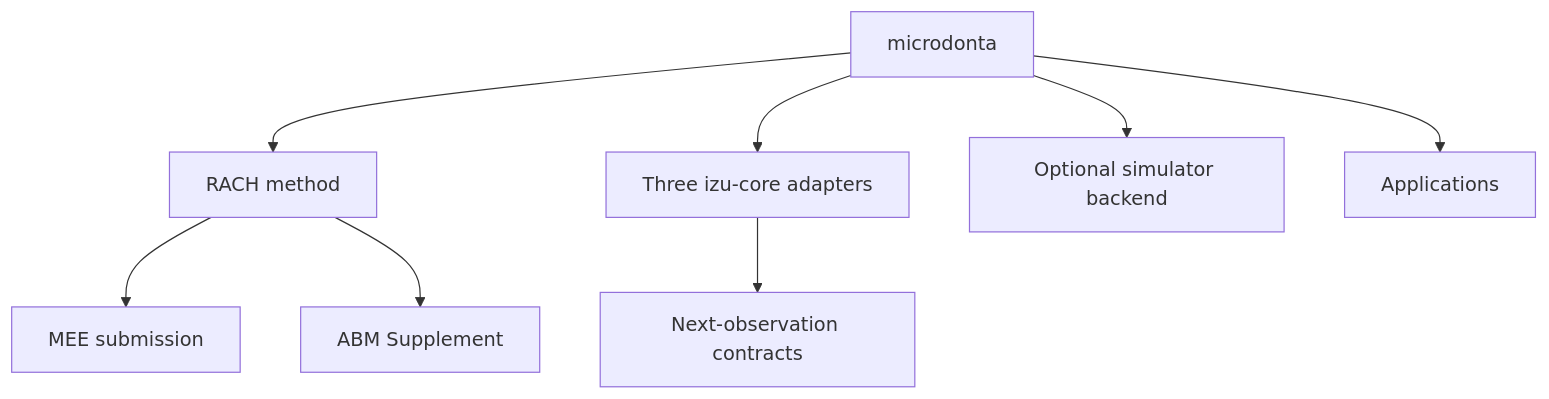
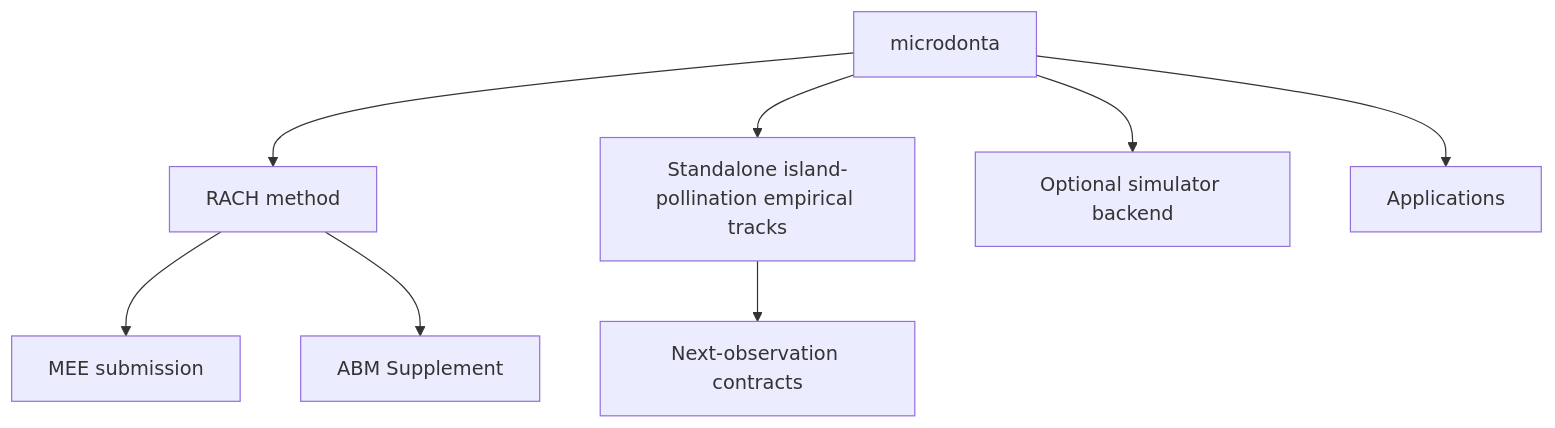
One commit to zuizui0223/microdonta changed the diagram in docs/repository_map.md. Above: the diagram before and after it, drawn with Mermaid. The commit also changed other lines of this file, not shown here.

Commit message:
Separate empirical tracks in repository map

````diff
--- a/docs/repository_map.md
+++ b/docs/repository_map.md
@@ -12,10 +9,10 @@
 ```mermaid
 flowchart TD
     R["microdonta"] --> M["RACH method"]
-    R --> T["Three izu-core adapters"]
+    R --> T["Standalone island-pollination empirical tracks"]
     R --> B["Optional simulator backend"]
     R --> A["Applications"]
     M --> P["MEE submission"]
     M --> S["ABM Supplement"]
     T --> Q["Next-observation contracts"]
 ```
````
